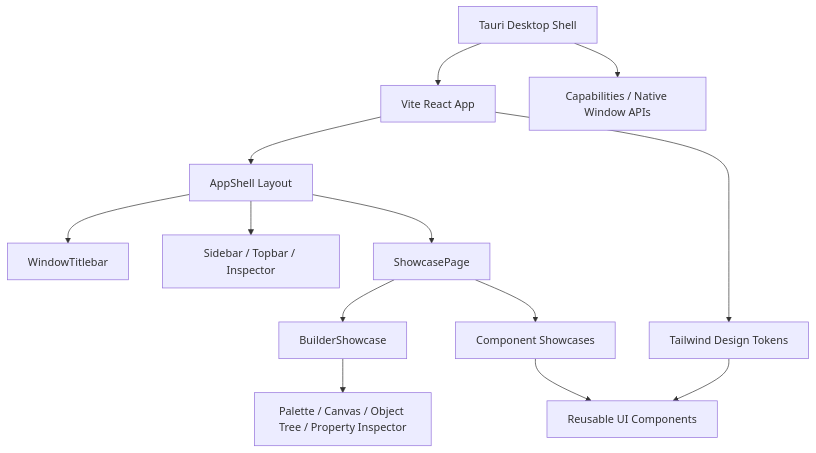
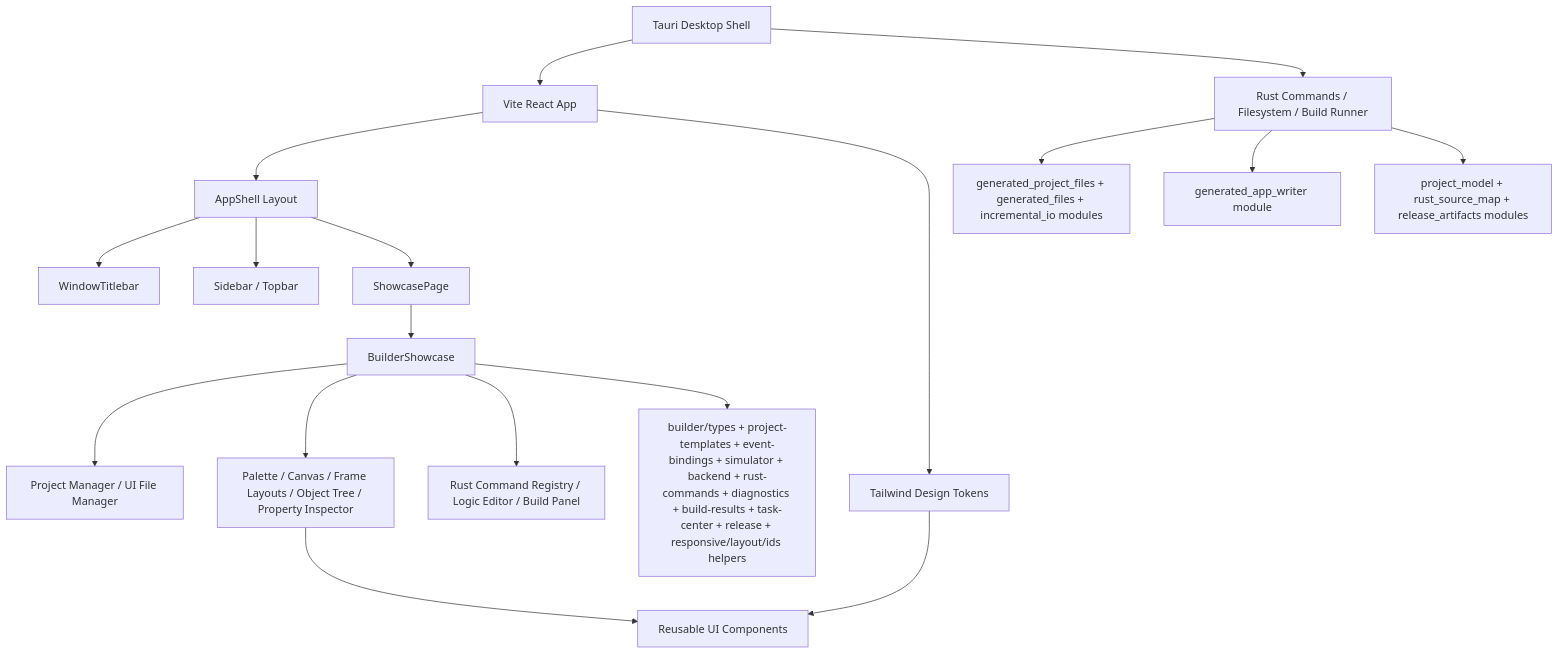
One commit to sorrowfeng/nova-ui-kit changed the diagram in README.md. Above: the diagram before and after it, drawn with Mermaid. The commit also changed other lines of this file and 55 other files, not shown here.

First line of the commit message:
Build Nova UI Editor workflow

````diff
--- a/README.md
+++ b/README.md
@@ -66,15 +141,20 @@
 ```mermaid
 flowchart TD
   A["Tauri Desktop Shell"] --> B["Vite React App"]
-  A --> C["Capabilities / Native Window APIs"]
+  A --> C["Rust Commands / Filesystem / Build Runner"]
+  C --> O["generated_project_files + generated_files + incremental_io modules"]
+  C --> P["generated_app_writer module"]
+  C --> Q["project_model + rust_source_map + release_artifacts modules"]
   B --> D["AppShell Layout"]
   B --> E["Tailwind Design Tokens"]
   D --> F["WindowTitlebar"]
-  D --> G["Sidebar / Topbar / Inspector"]
+  D --> G["Sidebar / Topbar"]
   D --> H["ShowcasePage"]
   H --> I["BuilderShowcase"]
-  H --> J["Component Showcases"]
-  I --> K["Palette / Canvas / Object Tree / Property Inspector"]
-  J --> L["Reusable UI Components"]
+  I --> J["Project Manager / UI File Manager"]
+  I --> K["Palette / Canvas / Frame Layouts / Object Tree / Property Inspector"]
+  I --> M["Rust Command Registry / Logic Editor / Build Panel"]
+  I --> N["builder/types + project-templates + event-bindings + simulator + backend + rust-commands + diagnostics + build-results + task-center + release + responsive/layout/ids helpers"]
+  K --> L["Reusable UI Components"]
   E --> L
 ```
````
